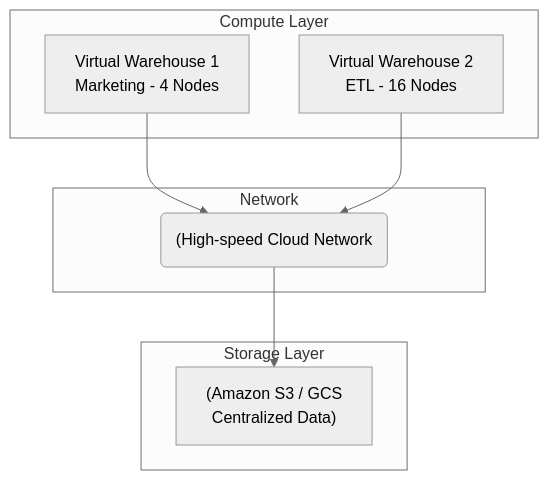
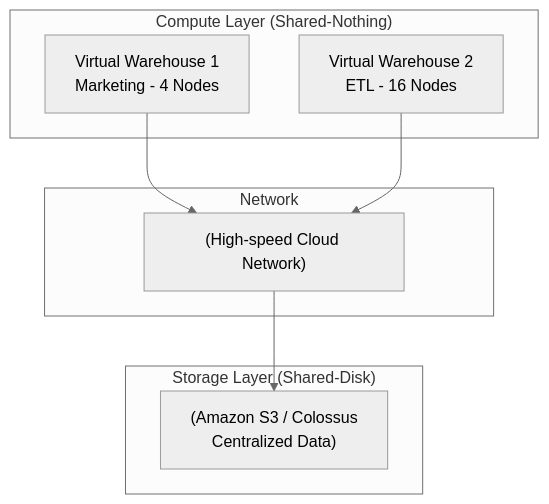
The diagram in src/content/docs/concepts/1-distributed-systems-architecture/data-warehouse.md (kythuatdulieu/kythuatdulieu.github.io), drawn with Mermaid (neutral theme) before and after one commit. The commit also changed other lines of this file and 213 other files, not shown here.

Commit message:
Fix syntax and rewrite 200+ concepts docs to deep-dive system architecture and add GA4 tracking to quiz app

````diff
--- a/src/content/docs/concepts/1-distributed-systems-architecture/data-warehouse.md
+++ b/src/content/docs/concepts/1-distributed-systems-architecture/data-warehouse.md
@@ -28,17 +36,17 @@
 ```mermaid
 graph TD
-    subgraph Compute Layer
+    subgraph "Compute Layer (Shared-Nothing)"
         VW1["Virtual Warehouse 1<br/>Marketing - 4 Nodes"]
         VW2["Virtual Warehouse 2<br/>ETL - 16 Nodes"]
     end
     subgraph Network
-        Net("(High-speed Cloud Network")
+        Net["(High-speed Cloud Network)"]
     end
-    subgraph Storage Layer
-        S3["(Amazon S3 / GCS<br/>Centralized Data)"]
+    subgraph "Storage Layer (Shared-Disk)"
+        S3["(Amazon S3 / Colossus<br/>Centralized Data)"]
     end
     
     VW1 --> Net
     VW2 --> Net
     Net --> S3
 ```
````
